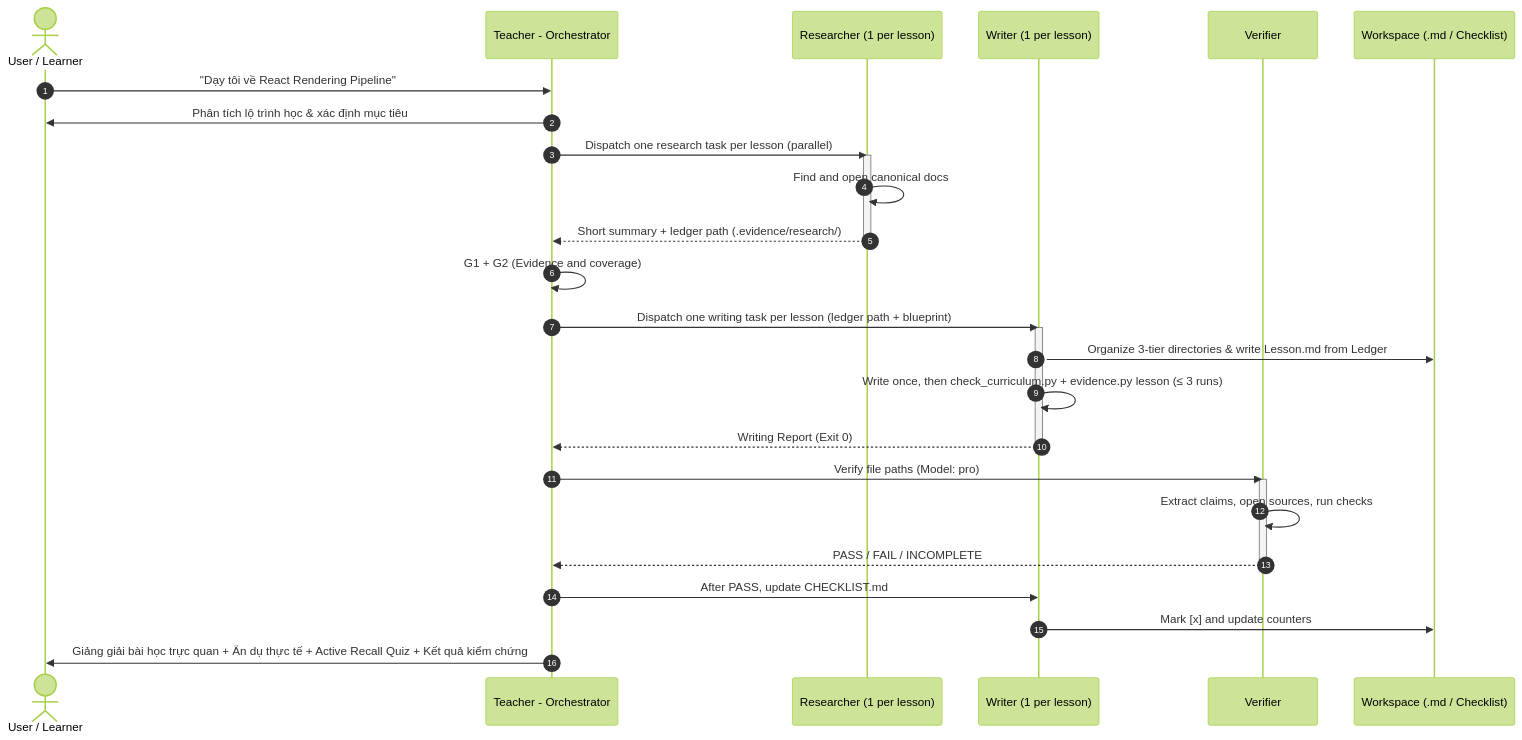
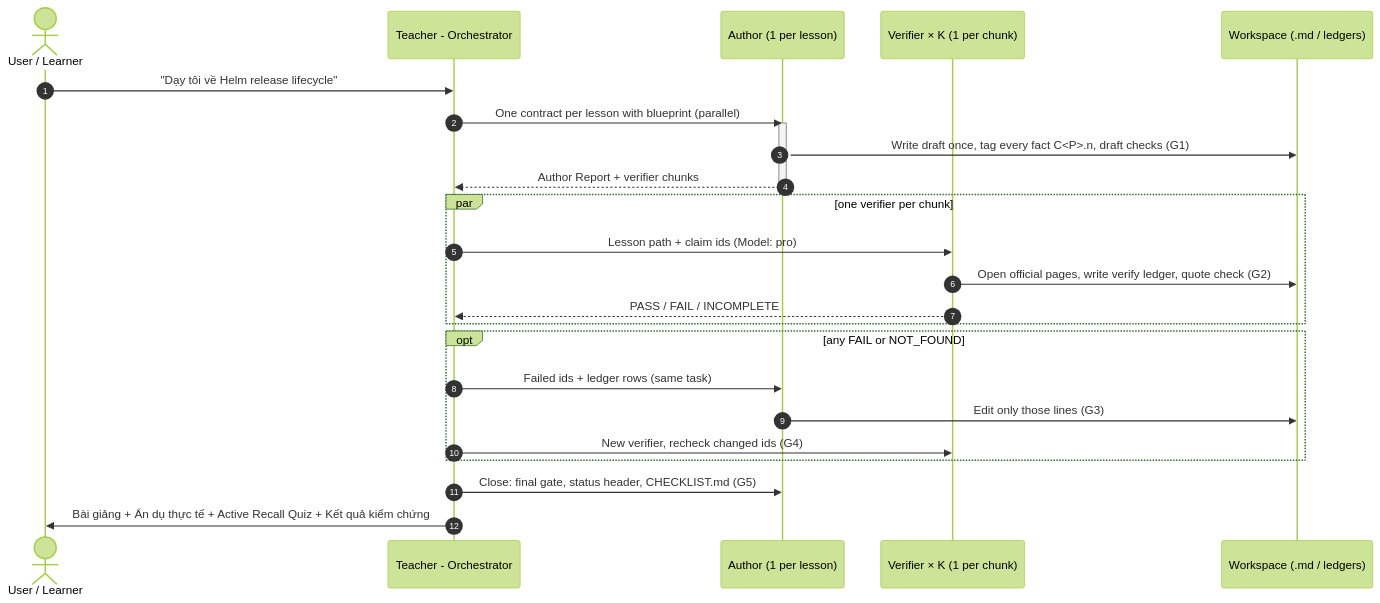
One commit to HelloMinh2122005/SelfLearn changed the diagram in .agents/agents/teacher-orchestrator.md. Above: the diagram before and after it, drawn with Mermaid (forest theme). The commit also changed other lines of this file and 42 other files, not shown here.

````diff
--- a/.agents/agents/teacher-orchestrator.md
+++ b/.agents/agents/teacher-orchestrator.md
@@ -164,33 +145,28 @@
 ```mermaid
 sequenceDiagram
     autonumber
     actor Learner as User / Learner
     participant Teacher as Teacher - Orchestrator
-    participant R as Researcher (1 per lesson)
-    participant W as Writer (1 per lesson)
-    participant V as Verifier
-    participant FS as Workspace (.md / Checklist)
+    participant A as Author (1 per lesson)
+    participant V as Verifier × K (1 per chunk)
+    participant FS as Workspace (.md / ledgers)
 
-    Learner->>Teacher: "Dạy tôi về React Rendering Pipeline"
-    Teacher->>Learner: Phân tích lộ trình học & xác định mục tiêu
-    Teacher->>R: Dispatch one research task per lesson (parallel)
-    activate R
-    R->>R: Find and open canonical docs
-    R-->>Teacher: Short summary + ledger path (.evidence/research/)
-    deactivate R
-    Teacher->>Teacher: G1 + G2 (Evidence and coverage)
-    Teacher->>W: Dispatch one writing task per lesson (ledger path + blueprint)
-    activate W
-    W->>FS: Organize 3-tier directories & write Lesson.md from Ledger
-    W->>W: Write once, then check_curriculum.py + evidence.py lesson (≤ 3 runs)
-    W-->>Teacher: Writing Report (Exit 0)
-    deactivate W
-    Teacher->>V: Verify file paths (Model: pro)
-    activate V
-    V->>V: Extract claims, open sources, run checks
-    V-->>Teacher: PASS / FAIL / INCOMPLETE
-    deactivate V
-    Teacher->>W: After PASS, update CHECKLIST.md
-    W->>FS: Mark [x] and update counters
-    Teacher->>Learner: Giảng giải bài học trực quan + Ẩn dụ thực tế + Active Recall Quiz + Kết quả kiểm chứng
+    Learner->>Teacher: "Dạy tôi về Helm release lifecycle"
+    Teacher->>A: One contract per lesson with blueprint (parallel)
+    activate A
+    A->>FS: Write draft once, tag every fact C<P>.n, draft checks (G1)
+    A-->>Teacher: Author Report + verifier chunks
+    deactivate A
+    par one verifier per chunk
+        Teacher->>V: Lesson path + claim ids (Model: pro)
+        V->>FS: Open official pages, write verify ledger, quote check (G2)
+        V-->>Teacher: PASS / FAIL / INCOMPLETE
+    end
+    opt any FAIL or NOT_FOUND
+        Teacher->>A: Failed ids + ledger rows (same task)
+        A->>FS: Edit only those lines (G3)
+        Teacher->>V: New verifier, recheck changed ids (G4)
+    end
+    Teacher->>A: Close: final gate, status header, CHECKLIST.md (G5)
+    Teacher->>Learner: Bài giảng + Ẩn dụ thực tế + Active Recall Quiz + Kết quả kiểm chứng
 ```
````
